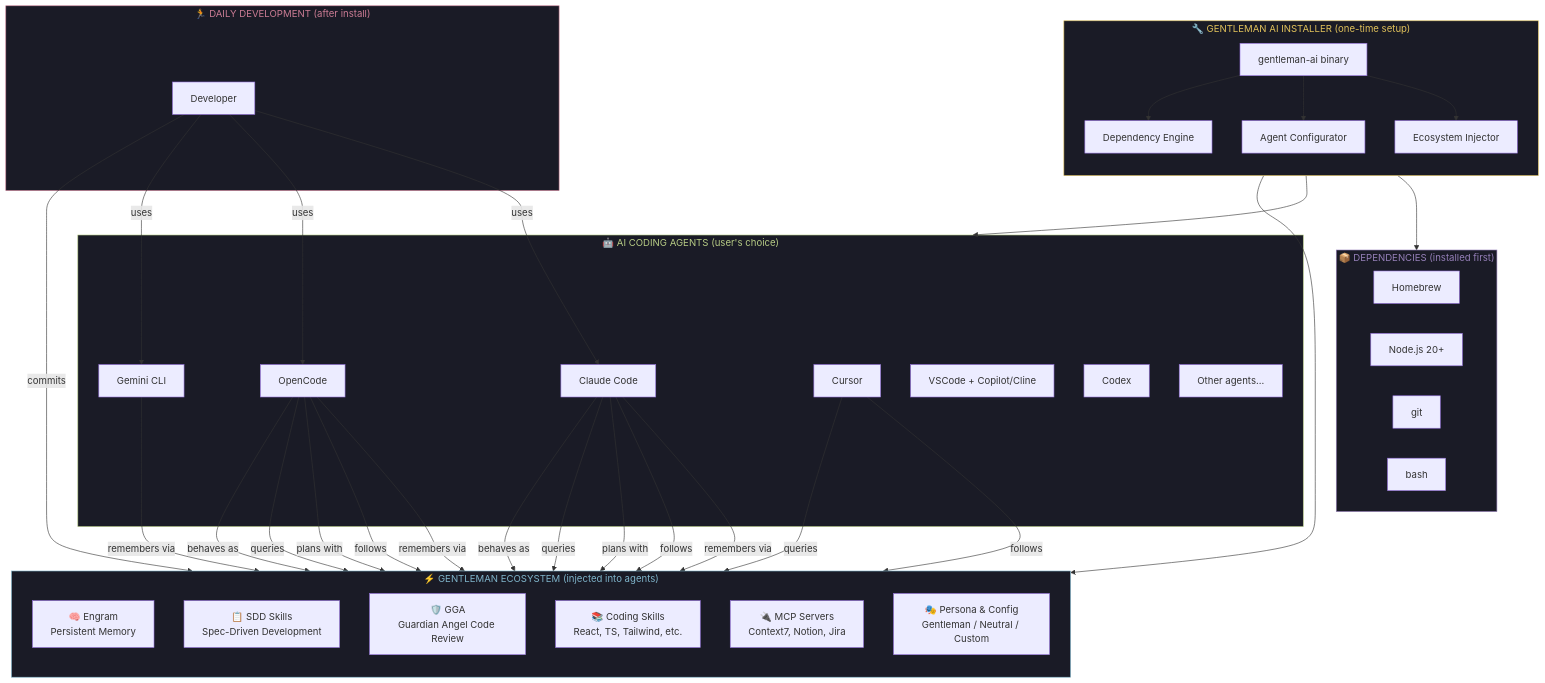
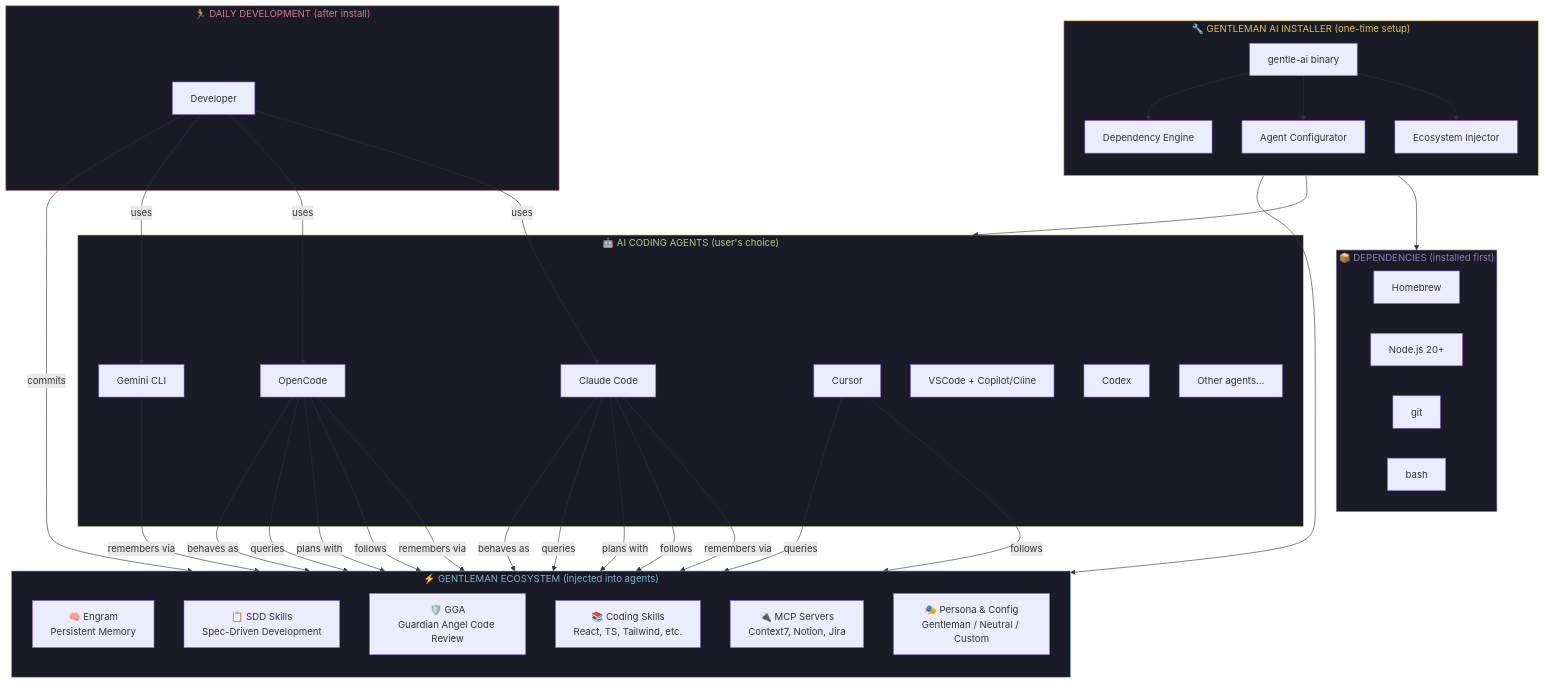
One commit to Gentleman-Programming/gentleman-ai-installer changed the first of 7 diagrams in PRD.md. Above: the diagram before and after it, drawn with Mermaid. The commit also changed other lines of this file and 80 other files, not shown here.

````diff
--- a/PRD.md
+++ b/PRD.md
@@ -576,74 +576,74 @@
 ```mermaid
 graph TB
     subgraph INSTALLER["🔧 GENTLEMAN AI INSTALLER (one-time setup)"]
         direction TB
-        GAI[gentleman-ai binary]
+        GAI[gentle-ai binary]
         GAI --> DEP_ENGINE[Dependency Engine]
         GAI --> AGENT_ENGINE[Agent Configurator]
         GAI --> ECO_ENGINE[Ecosystem Injector]
     end
 
     subgraph DEPS["📦 DEPENDENCIES (installed first)"]
         BREW[Homebrew]
         NODE[Node.js 20+]
         GIT[git]
         BASH_DEP[bash]
     end
 
     subgraph AGENTS["🤖 AI CODING AGENTS (user's choice)"]
         CC[Claude Code]
         OC[OpenCode]
         GEM[Gemini CLI]
         CUR[Cursor]
         VSC[VSCode + Copilot/Cline]
         CDX[Codex]
         OTHER[Other agents...]
     end
 
     subgraph ECOSYSTEM["⚡ GENTLEMAN ECOSYSTEM (injected into agents)"]
         direction TB
         ENGRAM[🧠 Engram<br/>Persistent Memory]
         SDD[📋 SDD Skills<br/>Spec-Driven Development]
         GGA_COMP[🛡️ GGA<br/>Guardian Angel Code Review]
         SKILLS[📚 Coding Skills<br/>React, TS, Tailwind, etc.]
         MCP[🔌 MCP Servers<br/>Context7, Notion, Jira]
         PERSONA[🎭 Persona & Config<br/>Gentleman / Neutral / Custom]
     end
 
     subgraph RUNTIME["🏃 DAILY DEVELOPMENT (after install)"]
         DEV[Developer]
     end
 
     DEP_ENGINE --> DEPS
     AGENT_ENGINE --> AGENTS
     ECO_ENGINE --> ECOSYSTEM
 
     DEV -->|uses| CC
     DEV -->|uses| OC
     DEV -->|uses| GEM
     DEV -->|commits| GGA_COMP
 
     CC -->|remembers via| ENGRAM
     OC -->|remembers via| ENGRAM
     GEM -->|remembers via| ENGRAM
 
     CC -->|follows| SKILLS
     OC -->|follows| SKILLS
     CUR -->|follows| SKILLS
 
     CC -->|plans with| SDD
     OC -->|plans with| SDD
 
     CC -->|queries| MCP
     OC -->|queries| MCP
     CUR -->|queries| MCP
 
     CC -->|behaves as| PERSONA
     OC -->|behaves as| PERSONA
 
     style INSTALLER fill:#1a1b26,stroke:#E0C15A,color:#E0C15A
     style ECOSYSTEM fill:#1a1b26,stroke:#7FB4CA,color:#7FB4CA
     style AGENTS fill:#1a1b26,stroke:#B7CC85,color:#B7CC85
     style DEPS fill:#1a1b26,stroke:#957FB8,color:#957FB8
     style RUNTIME fill:#1a1b26,stroke:#CB7C94,color:#CB7C94
 ```
````
